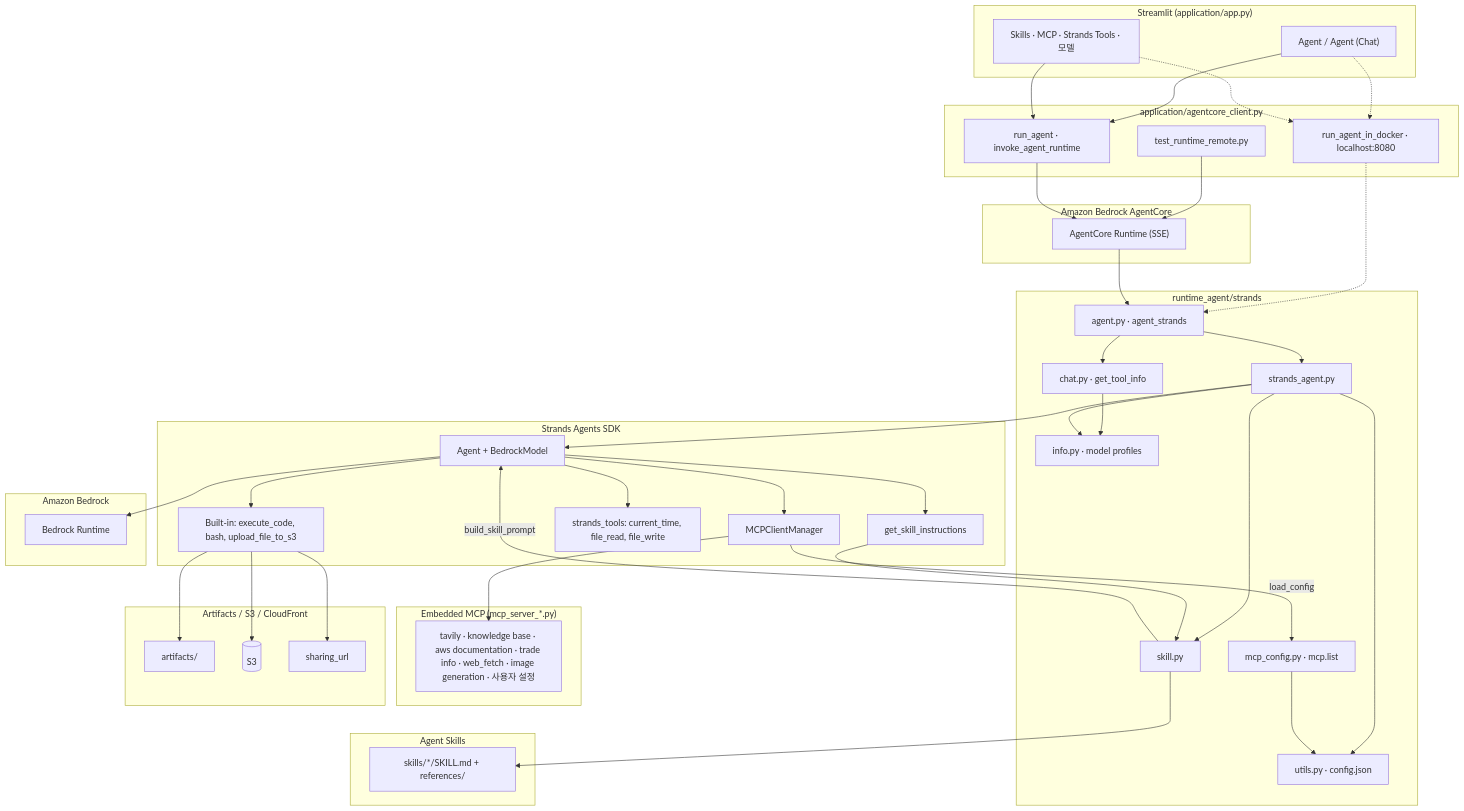
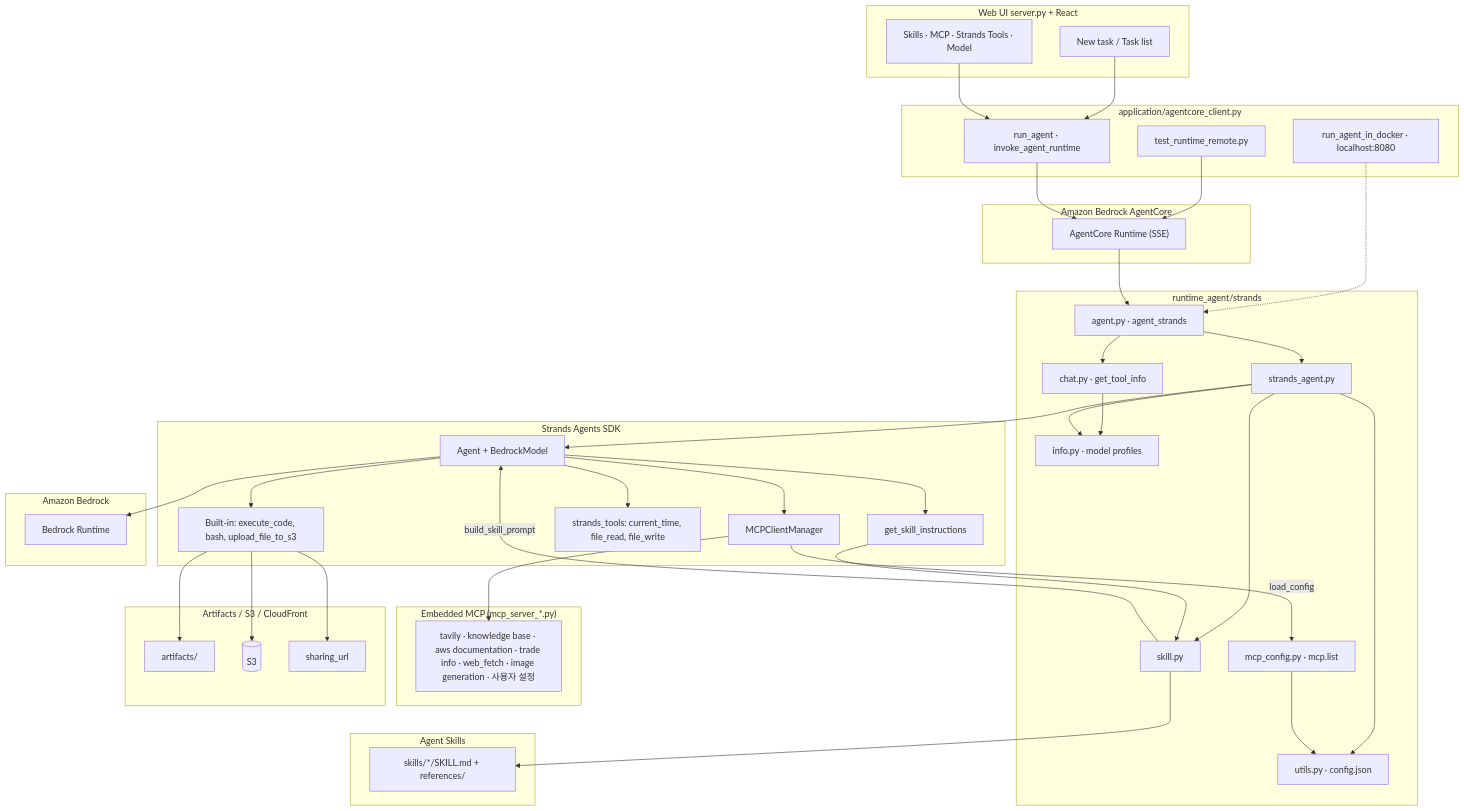
One commit to kyopark2014/strands-runtime changed the first of 2 diagrams in README.md. Above: the diagram before and after it, drawn with Mermaid. The commit also changed other lines of this file and 46 other files, not shown here.

````diff
--- a/README.md
+++ b/README.md
@@ -21,8 +29,8 @@
 ```mermaid
 flowchart TB
-  subgraph UI["Streamlit (application/app.py)"]
-    MODE["Agent / Agent (Chat)"]
-    SEL["Skills · MCP · Strands Tools · 모델"]
+  subgraph UI["Web UI server.py + React"]
+    TASK["New task / Task list"]
+    SEL["Skills · MCP · Strands Tools · Model"]
   end
 
   subgraph Client["application/agentcore_client.py"]
@@ -71,10 +79,8 @@
     CF["sharing_url"]
   end
 
-  MODE --> RA
+  TASK --> RA
   SEL --> RA
-  MODE -.-> RD
-  SEL -.-> RD
   TEST --> AC
 
   RA --> AC
````
